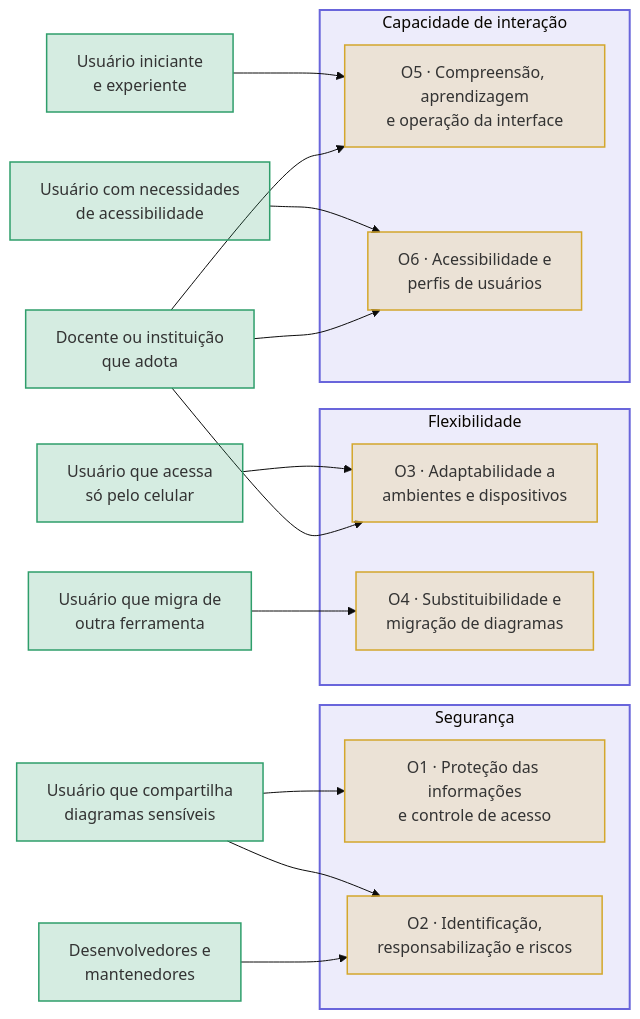
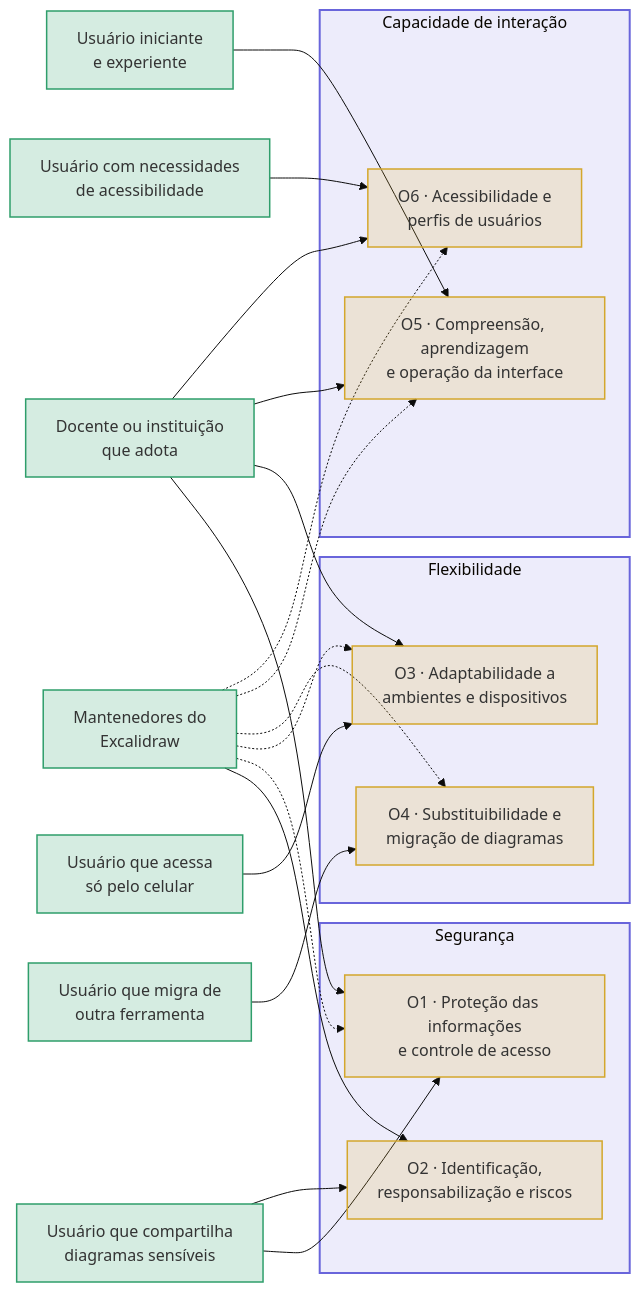
The diagram in docs/fase1/proposito-partes-interessadas.md (FCTE-Qualidade-de-Software-1/2026-2_T02_ADA_LOVELACE), drawn with Mermaid (base theme) before and after one commit. The commit also changed other lines of this file and 2 other files, not shown here.

````diff
--- a/docs/fase1/proposito-partes-interessadas.md
+++ b/docs/fase1/proposito-partes-interessadas.md
@@ -124,41 +132,47 @@
 ```mermaid
 flowchart LR
     U1["Usuário que compartilha<br/>diagramas sensíveis"]
     U2["Usuário iniciante<br/>e experiente"]
     U3["Usuário com necessidades<br/>de acessibilidade"]
     U4["Usuário que acessa<br/>só pelo celular"]
     U5["Usuário que migra de<br/>outra ferramenta"]
     AD["Docente ou instituição<br/>que adota"]
-    DV["Desenvolvedores e<br/>mantenedores"]
+    DV["Mantenedores do<br/>Excalidraw"]
 
     subgraph SE["Segurança"]
         O1["O1 · Proteção das informações<br/>e controle de acesso"]
         O2["O2 · Identificação,<br/>responsabilização e riscos"]
     end
     subgraph FL["Flexibilidade"]
         O3["O3 · Adaptabilidade a<br/>ambientes e dispositivos"]
         O4["O4 · Substituibilidade e<br/>migração de diagramas"]
     end
     subgraph CI["Capacidade de interação"]
         O5["O5 · Compreensão, aprendizagem<br/>e operação da interface"]
         O6["O6 · Acessibilidade e<br/>perfis de usuários"]
     end
 
     U1 --> O1
     U1 --> O2
     DV --> O2
     U4 --> O3
     U5 --> O4
     U2 --> O5
     U3 --> O6
+    AD --> O1
     AD --> O3
     AD --> O5
     AD --> O6
+    DV -.-> O1
+    DV -.-> O3
+    DV -.-> O4
+    DV -.-> O5
+    DV -.-> O6
 
     classDef sh fill:#2f9e6b33,stroke:#2f9e6b,stroke-width:1.5px
     classDef car fill:#6965db1f,stroke:#6965db,stroke-width:2px
     classDef obj fill:#e0b0302e,stroke:#d4a72c,stroke-width:1.5px
     class U1,U2,U3,U4,U5,AD,DV sh
     class SE,FL,CI car
     class O1,O2,O3,O4,O5,O6 obj
 ```
````
